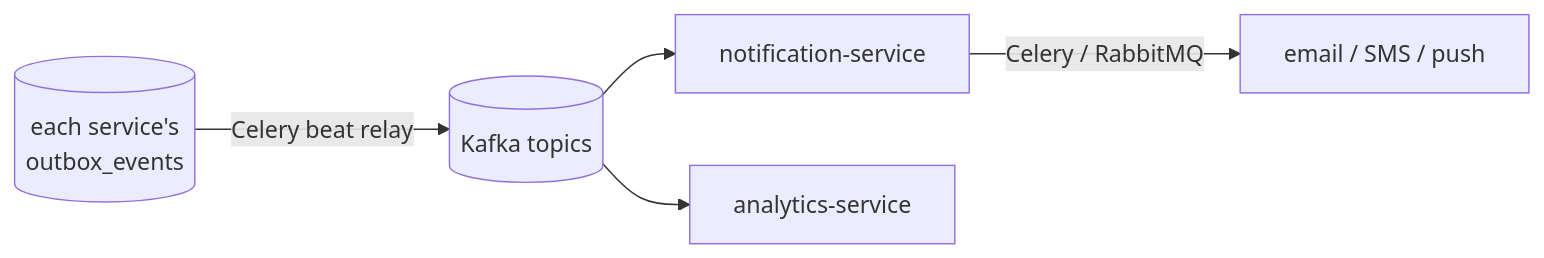
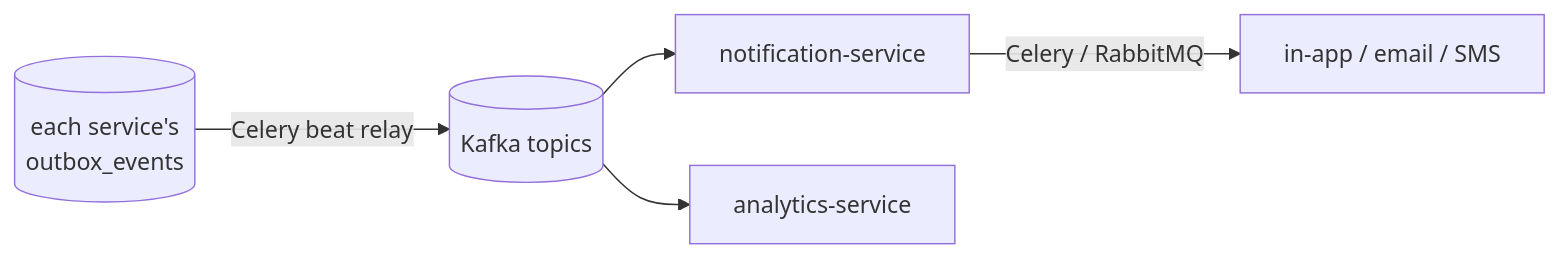
One commit to umer-emumba/smartfoodops-ms changed the tenth of 27 diagrams in docs/diagrams.md. Above: the diagram before and after it, drawn with Mermaid. The commit also changed other lines of this file and 5 other files, not shown here.

````diff
--- a/docs/diagrams.md
+++ b/docs/diagrams.md
@@ -263,7 +273,7 @@
 ```mermaid
 flowchart LR
     DB[(each service's<br/>outbox_events)] -->|Celery beat relay| K[(Kafka topics)]
     K --> NS[notification-service]
-    NS -->|Celery / RabbitMQ| Out[email / SMS / push]
+    NS -->|Celery / RabbitMQ| Out[in-app / email / SMS]
     K --> AS[analytics-service]
 ```
````
